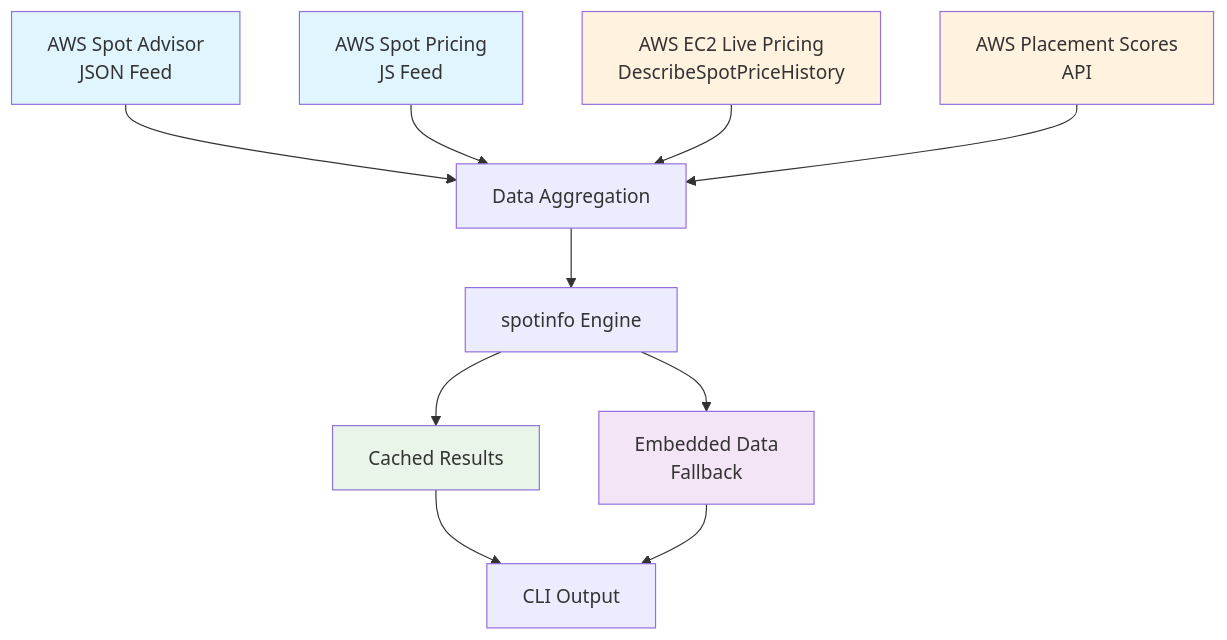
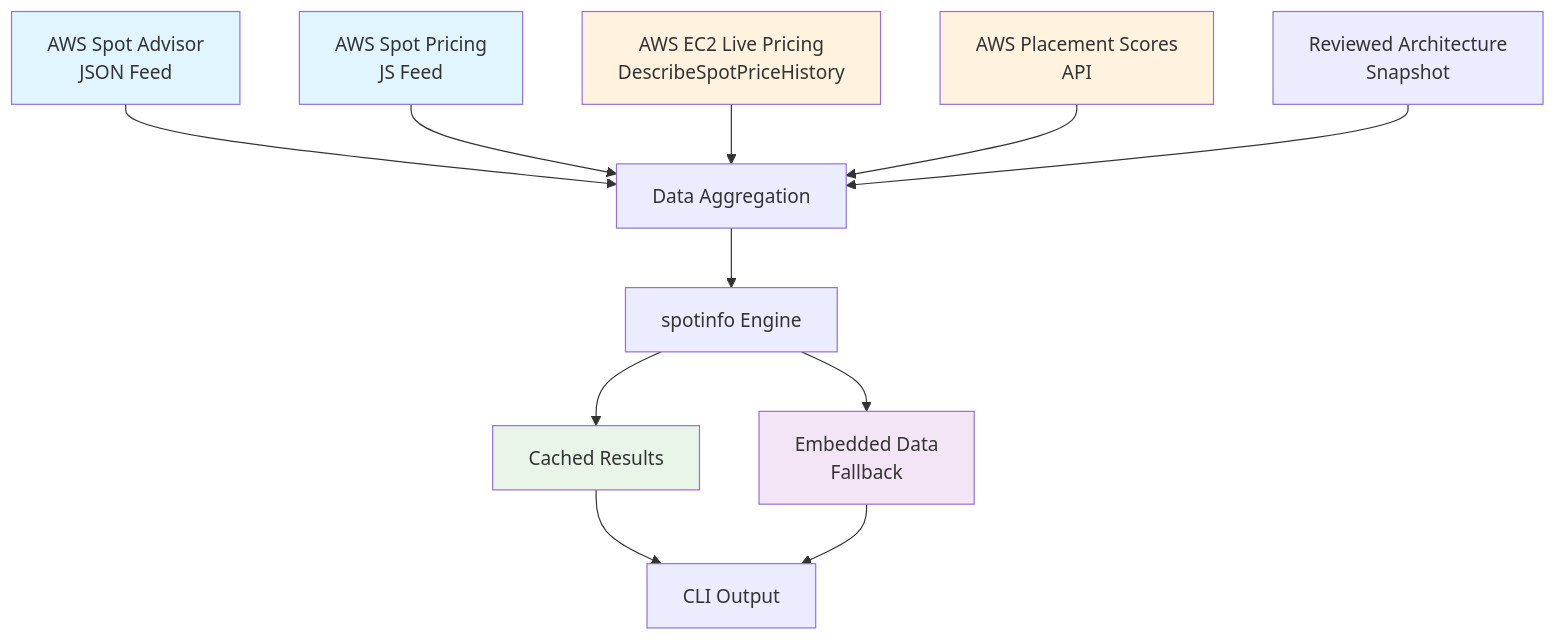
Before and after one commit to alexei-led/spotinfo: the diagram in docs/data-sources.md, drawn with Mermaid. The commit also changed other lines of this file and 8 other files, not shown here.

````diff
--- a/docs/data-sources.md
+++ b/docs/data-sources.md
@@ -70,22 +77,23 @@
 ```mermaid
 graph TB
     A[AWS Spot Advisor<br/>JSON Feed] --> D[Data Aggregation]
     B[AWS Spot Pricing<br/>JS Feed] --> D
     B2[AWS EC2 Live Pricing<br/>DescribeSpotPriceHistory] --> D
     C[AWS Placement Scores<br/>API] --> D
+    A2[Reviewed Architecture<br/>Snapshot] --> D
 
     D --> E[spotinfo Engine]
 
     E --> F[Embedded Data<br/>Fallback]
     E --> G[Cached Results]
 
     G --> H[CLI Output]
     F --> H
 
     style A fill:#e1f5fe
     style B fill:#e1f5fe
     style B2 fill:#fff3e0
     style C fill:#fff3e0
     style F fill:#f3e5f5
     style G fill:#e8f5e8
 ```
````
